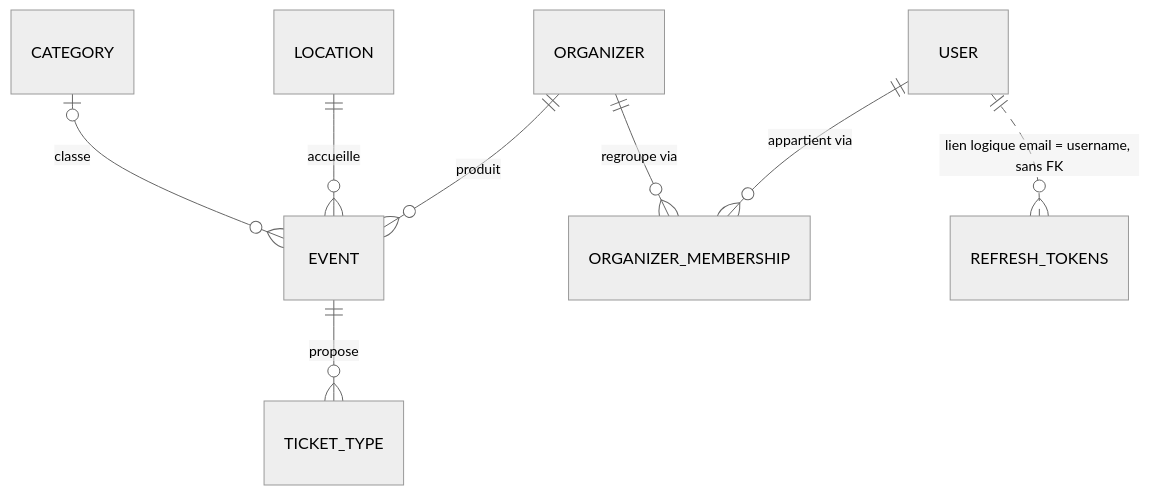
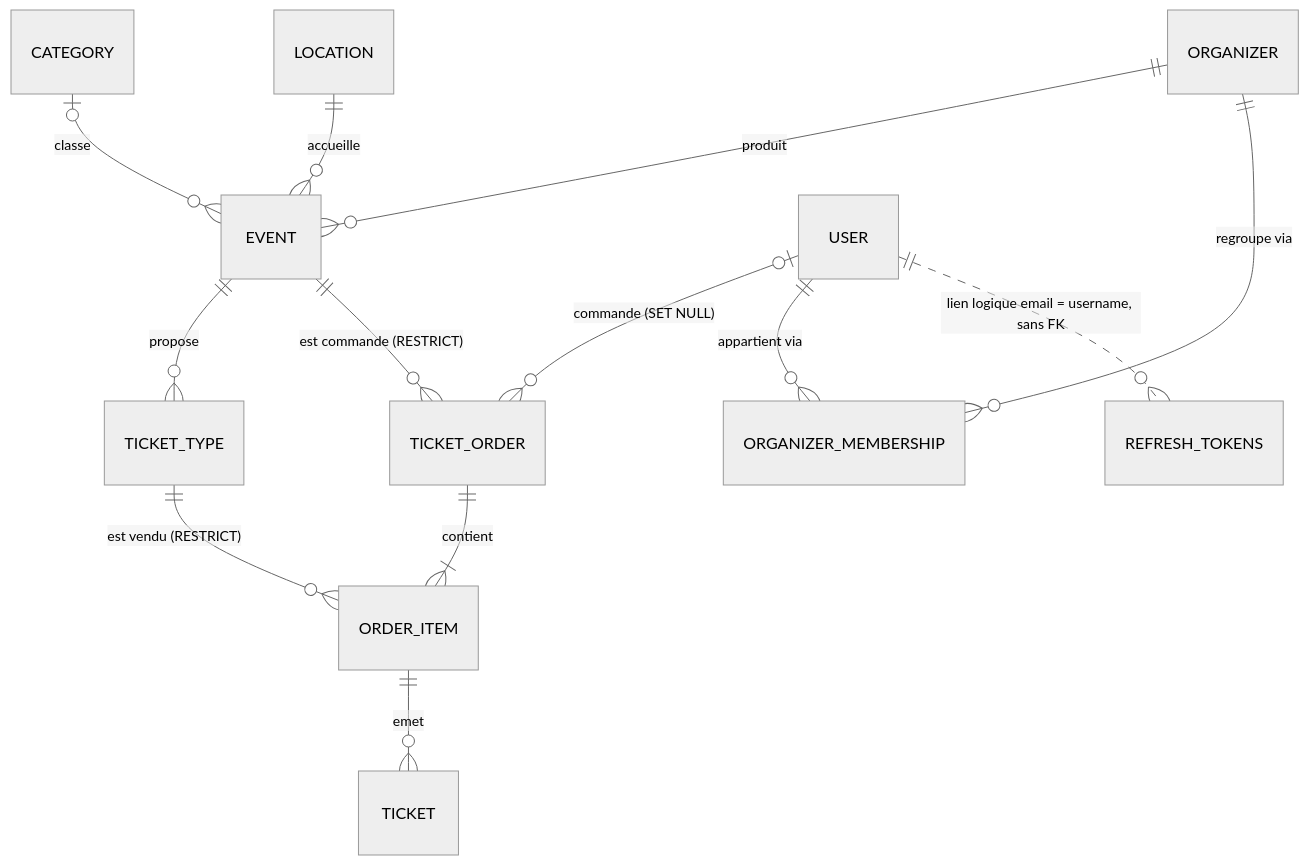
Before and after one commit to Jehovanie/TicketUp-Api: the first of 5 diagrams in docs/database/erd.md, drawn with Mermaid (neutral theme). The commit also changed other lines of this file and 61 other files, not shown here.

````diff
--- a/docs/database/erd.md
+++ b/docs/database/erd.md
@@ -14,10 +14,15 @@
 ```mermaid
 erDiagram
     CATEGORY  |o--o{ EVENT                : "classe"
     LOCATION  ||--o{ EVENT                : "accueille"
     ORGANIZER ||--o{ EVENT                : "produit"
     EVENT     ||--o{ TICKET_TYPE          : "propose"
+    USER      |o--o{ TICKET_ORDER         : "commande (SET NULL)"
+    EVENT     ||--o{ TICKET_ORDER         : "est commande (RESTRICT)"
+    TICKET_ORDER ||--|{ ORDER_ITEM        : "contient"
+    TICKET_TYPE  ||--o{ ORDER_ITEM        : "est vendu (RESTRICT)"
+    ORDER_ITEM   ||--o{ TICKET            : "emet"
     USER      ||--o{ ORGANIZER_MEMBERSHIP : "appartient via"
     ORGANIZER ||--o{ ORGANIZER_MEMBERSHIP : "regroupe via"
     USER      ||..o{ REFRESH_TOKENS       : "lien logique email = username, sans FK"
 ```
````
